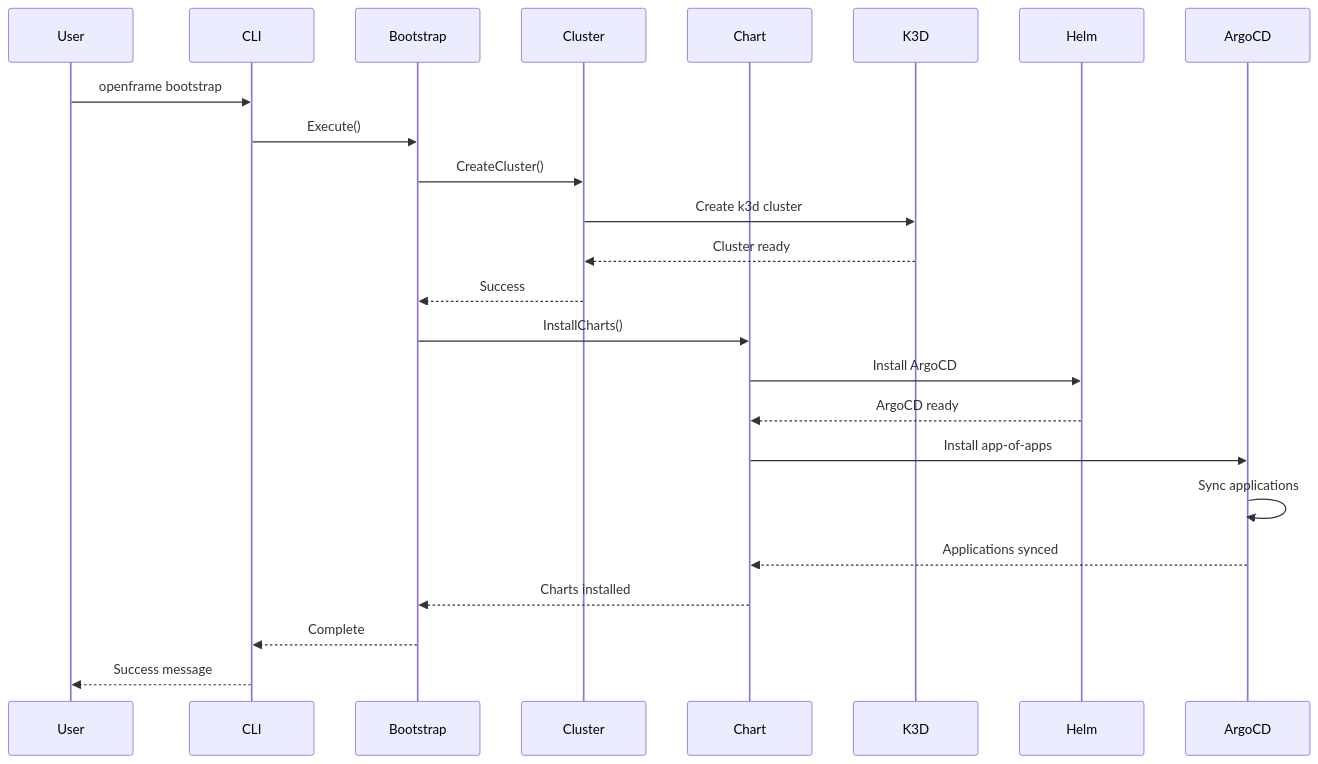
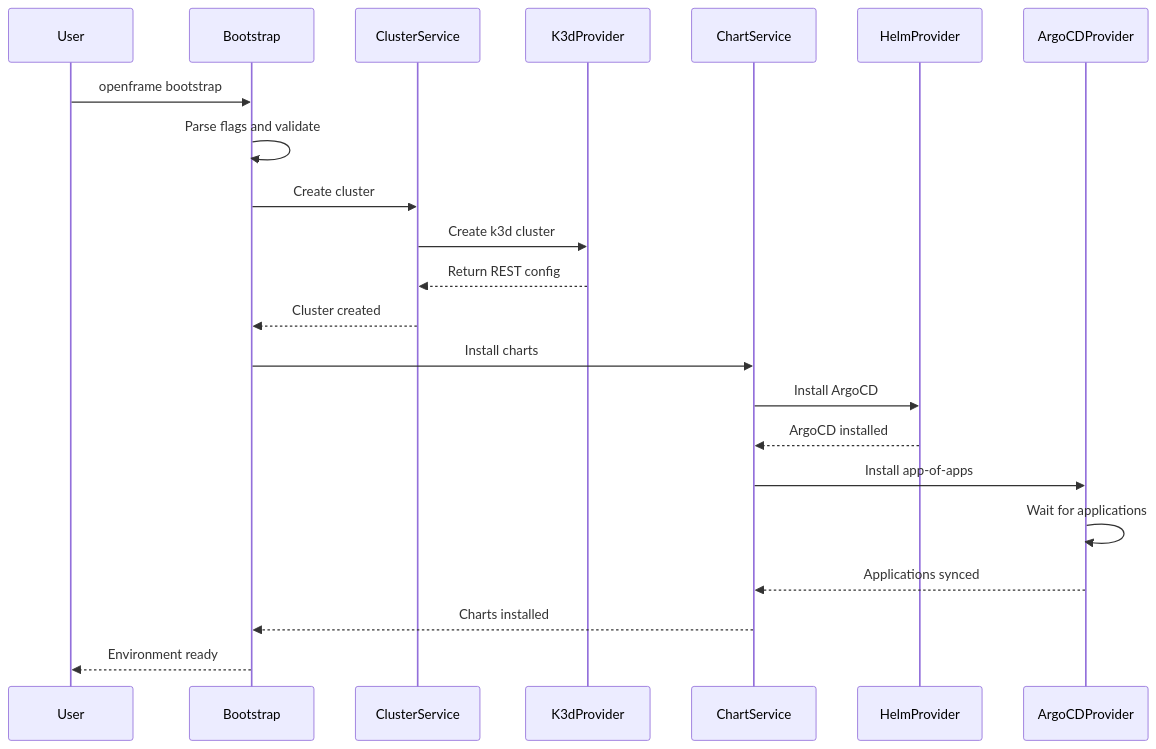
The third of 4 diagrams in docs/reference/architecture/overview.md (flamingo-stack/openframe-cli), drawn with Mermaid before and after one commit. The commit also changed other lines of this file and 51 other files, not shown here.

````diff
--- a/docs/reference/architecture/overview.md
+++ b/docs/reference/architecture/overview.md
@@ -124,29 +145,26 @@
 ```mermaid
 sequenceDiagram
     participant User
-    participant CLI
     participant Bootstrap
-    participant Cluster
-    participant Chart
-    participant K3D
-    participant Helm
-    participant ArgoCD
+    participant ClusterService
+    participant K3dProvider
+    participant ChartService
+    participant HelmProvider
+    participant ArgoCDProvider
     
-    User->>CLI: openframe bootstrap
-    CLI->>Bootstrap: Execute()
-    Bootstrap->>Cluster: CreateCluster()
-    Cluster->>K3D: Create k3d cluster
-    K3D-->>Cluster: Cluster ready
-    Cluster-->>Bootstrap: Success
+    User->>Bootstrap: openframe bootstrap
+    Bootstrap->>Bootstrap: Parse flags and validate
+    Bootstrap->>ClusterService: Create cluster
+    ClusterService->>K3dProvider: Create k3d cluster
+    K3dProvider-->>ClusterService: Return REST config
+    ClusterService-->>Bootstrap: Cluster created
     
-    Bootstrap->>Chart: InstallCharts()
-    Chart->>Helm: Install ArgoCD
-    Helm-->>Chart: ArgoCD ready
-    Chart->>ArgoCD: Install app-of-apps
-    ArgoCD->>ArgoCD: Sync applications
-    ArgoCD-->>Chart: Applications synced
-    Chart-->>Bootstrap: Charts installed
-    
-    Bootstrap-->>CLI: Complete
-    CLI-->>User: Success message
+    Bootstrap->>ChartService: Install charts
+    ChartService->>HelmProvider: Install ArgoCD
+    HelmProvider-->>ChartService: ArgoCD installed
+    ChartService->>ArgoCDProvider: Install app-of-apps
+    ArgoCDProvider->>ArgoCDProvider: Wait for applications
+    ArgoCDProvider-->>ChartService: Applications synced
+    ChartService-->>Bootstrap: Charts installed
+    Bootstrap-->>User: Environment ready
 ```
````
